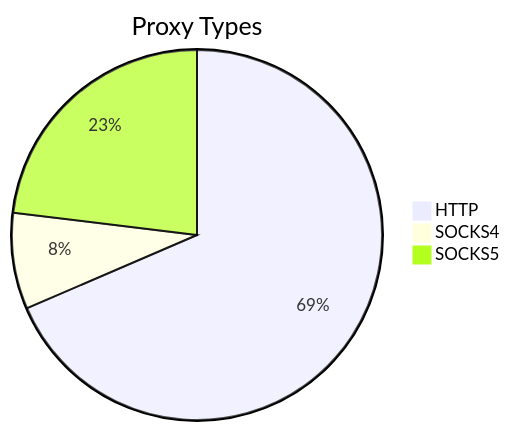
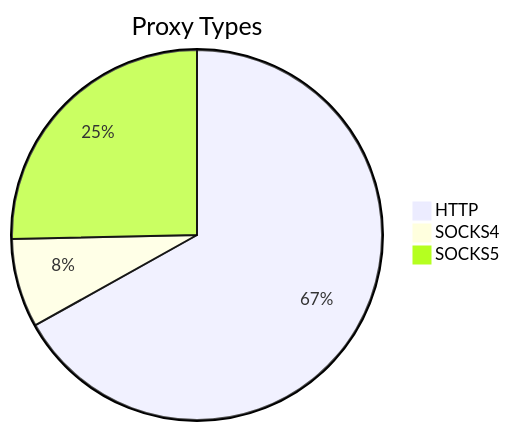
One commit to stormsia/proxy-list changed the first of 2 diagrams in README.md. Above: the diagram before and after it, drawn with Mermaid. The commit also changed other lines of this file, not shown here.

````diff
--- a/README.md
+++ b/README.md
@@ -21,6 +21,6 @@
 ```mermaid
 pie title Proxy Types
-    "HTTP" : 294
-    "SOCKS4" : 36
-    "SOCKS5" : 99
+    "HTTP" : 198
+    "SOCKS4" : 23
+    "SOCKS5" : 75
 ```
````
